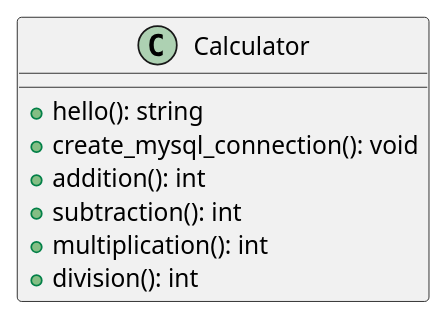
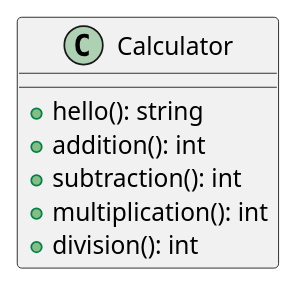
One commit to theobrogrammer/log430-a25-labo0 changed the diagram in docs/class.puml. Above: the diagram before and after it, drawn with PlantUML. The commit also changed 10 other files, not shown here.

```diff
--- a/docs/class.puml
+++ b/docs/class.puml
@@ -1,10 +1,9 @@
 @startuml
     class Calculator {
         + hello(): string
-        + create_mysql_connection(): void
         + addition(): int
         + subtraction(): int
         + multiplication(): int
         + division(): int
     }
 @enduml
```
